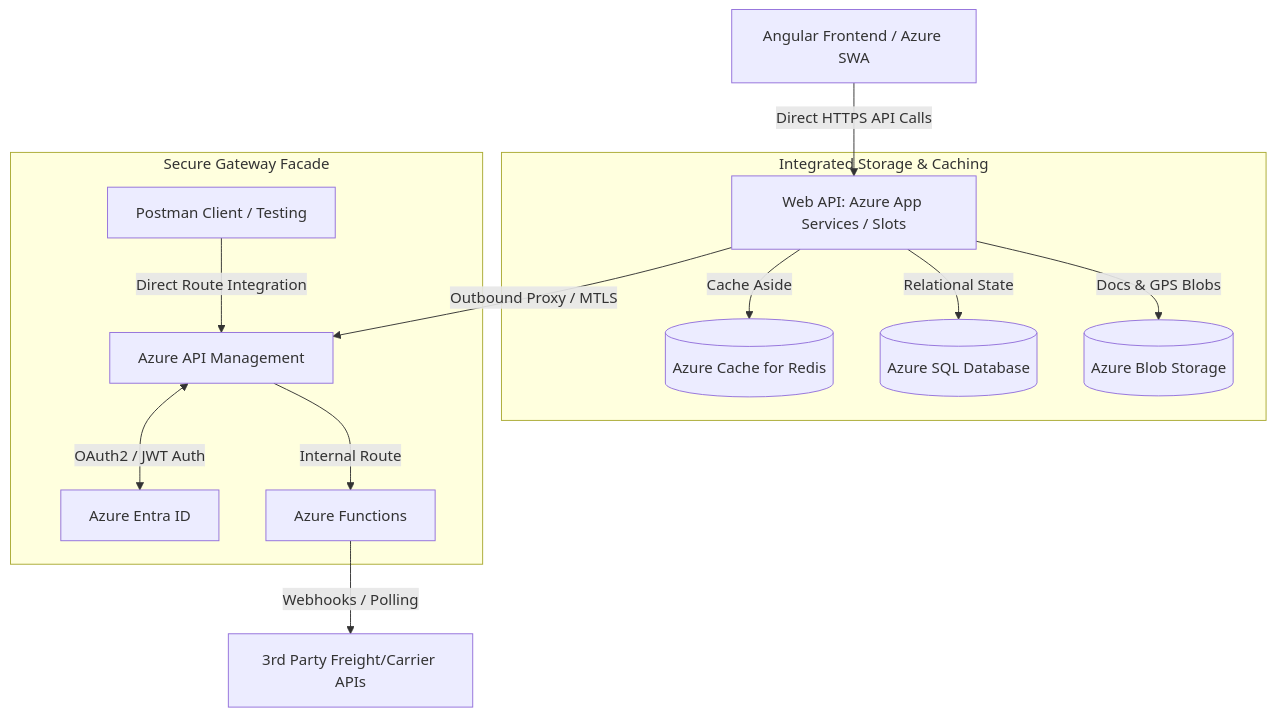
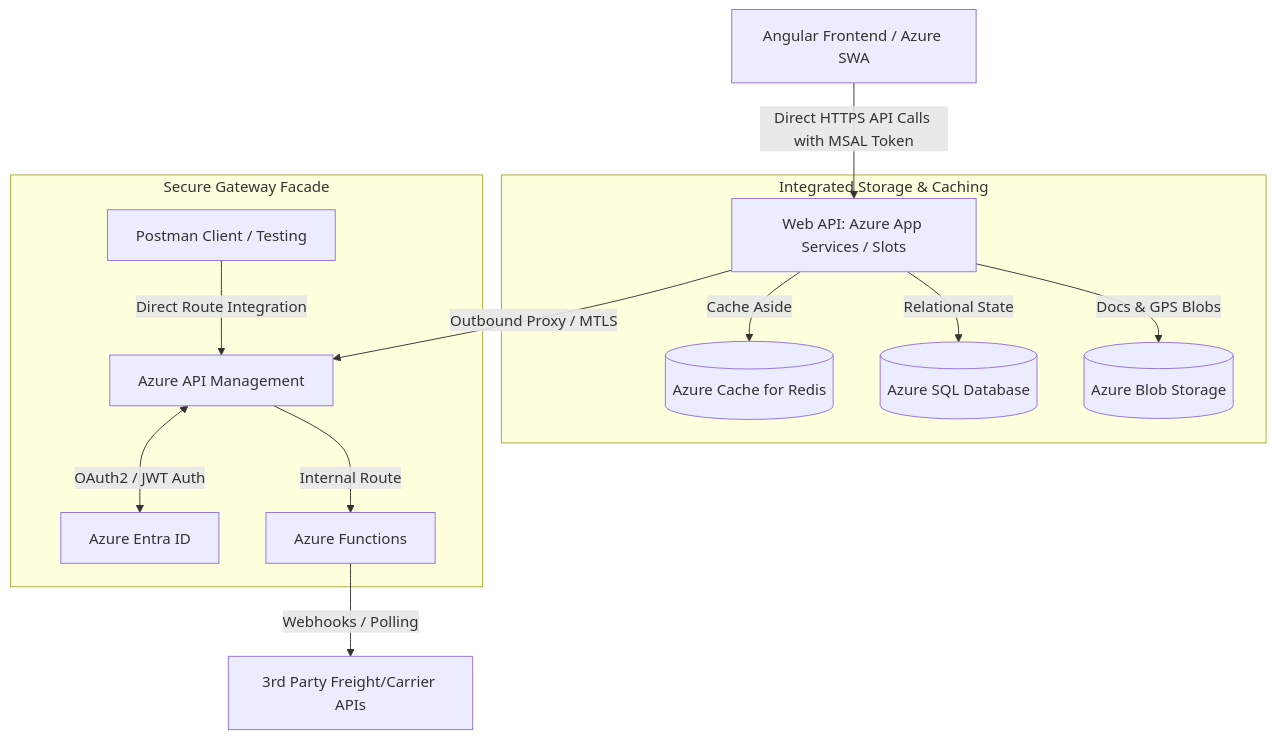
Before and after one commit to acforbes/freight-logistics-architecture: the second of 3 diagrams in presentation.md, drawn with Mermaid. The commit also changed other lines of this file and 2 other files, not shown here.

Commit message:
docs: add MSAL UI-API security and database tuning

````diff
--- a/presentation.md
+++ b/presentation.md
@@ -70,19 +80,19 @@
 ```mermaid
 graph TD
-    Client[Angular Frontend / Azure SWA] -->|Direct HTTPS API Calls| AppService[Web API: Azure App Services / Slots]
+    Client[Angular Frontend / Azure SWA] -->|Direct HTTPS API Calls with MSAL Token| AppService[Web API: Azure App Services / Slots]
     
     subgraph Integrated Storage & Caching
         AppService -->|Cache Aside| Redis[(Azure Cache for Redis)]
         AppService -->|Relational State| SQL[(Azure SQL Database)]
         AppService -->|Docs & GPS Blobs| Blob[(Azure Blob Storage)]
     end
 
     subgraph Secure Gateway Facade
         AppService -->|Outbound Proxy / MTLS| APIM[Azure API Management]
         PM[Postman Client / Testing] -->|Direct Route Integration| APIM
         APIM <-->|OAuth2 / JWT Auth| Entra[Azure Entra ID]
         APIM -->|Internal Route| AzFunc[Azure Functions]
     end
     
     AzFunc -->|Webhooks / Polling| External[3rd Party Freight/Carrier APIs]
 ```
````
